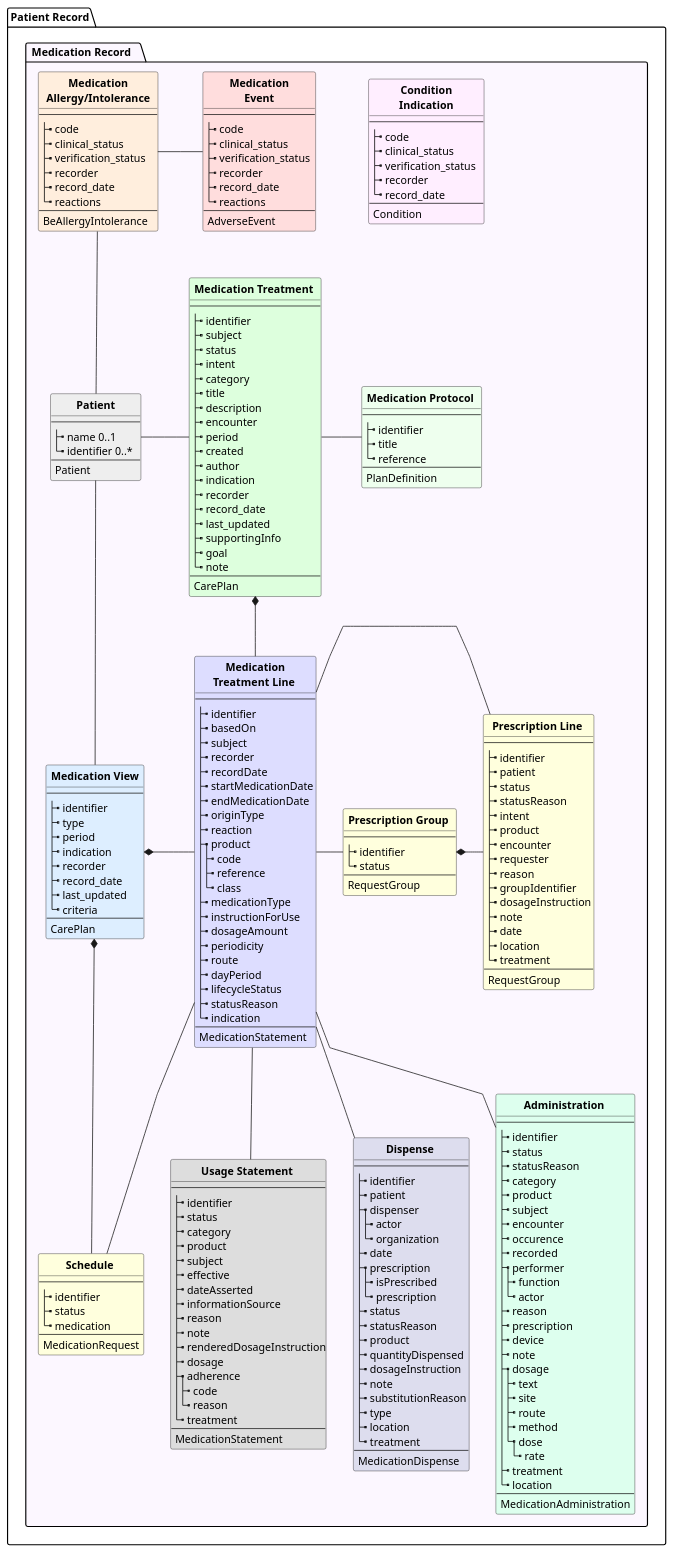
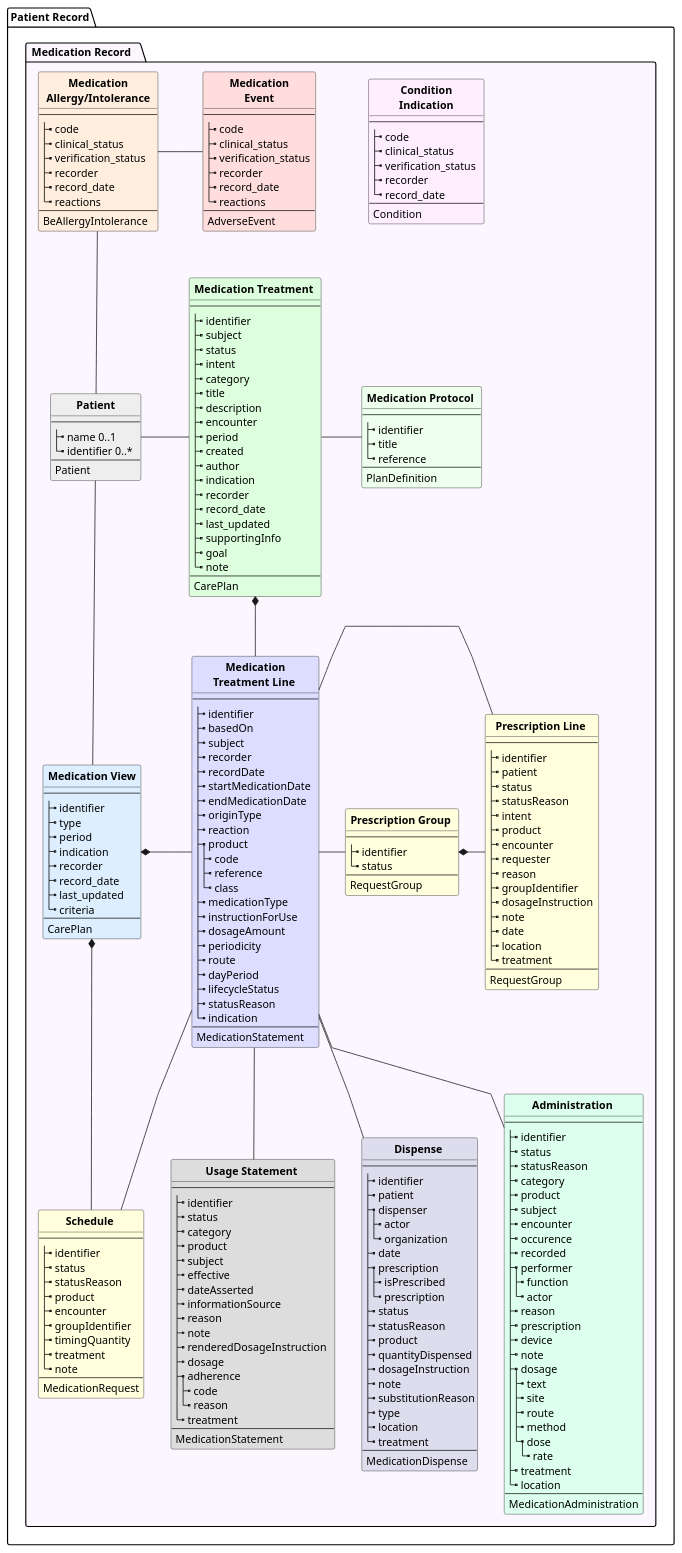
Before and after one commit to costateixeira/hl7-be-fhir-medication: the diagram in input/images-source/medrecord-resources.plantuml, drawn with PlantUML.

Commit message:
update resources diagram

```diff
--- a/input/images-source/medrecord-resources.plantuml
+++ b/input/images-source/medrecord-resources.plantuml
@@ -37,7 +37,7 @@
         |_ subject 
         |_ recorder 
         |_ recordDate 
-        |_ startMedicationDate 
+        |_ startMedicationDate   
         |_ endMedicationDate 
         |_ originType 
         |_ reaction 
@@ -127,7 +127,7 @@
 |_ requester 
 |_ reason 
 |_ groupIdentifier 
-|_ dosageInstruction 
+|_ dosageInstruction  
 |_ note 
 |_ date 
 |_ location 
@@ -141,7 +141,13 @@
 --
 |_ identifier
 |_ status
-|_ medication
+|_ statusReason 
+|_ product
+|_ encounter 
+|_ groupIdentifier 
+|_ timingQuantity 
+|_ treatment 
+|_ note 
 --
 MedicationRequest
 }
@@ -214,7 +220,7 @@
 |_ informationSource  
 |_ reason
 |_ note  
-|_ renderedDosageInstruction
+|_ renderedDosageInstruction   
 |_ dosage  
 |_ adherence  
   |_ code  
```
